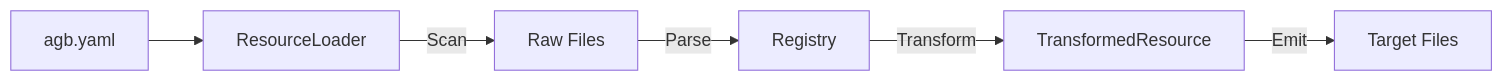
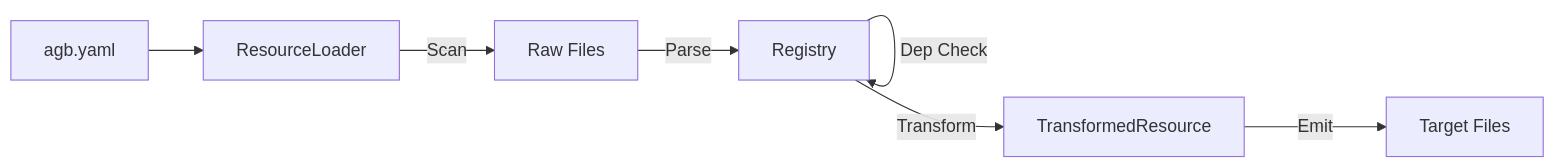
The first of 2 diagrams in specs/DESIGN.md (rwiv/agb), drawn with Mermaid before and after one commit. The commit also changed other lines of this file and 7 other files, not shown here.

````diff
--- a/specs/DESIGN.md
+++ b/specs/DESIGN.md
@@ -11,8 +11,9 @@
 ```mermaid
 graph LR
     Config[agb.yaml] --> Loader[ResourceLoader]
     Loader -->|Scan| Files[Raw Files]
     Files -->|Parse| Registry[Registry]
+    Registry -->|Dep Check| Registry
     Registry -->|Transform| Transformed[TransformedResource]
     Transformed -->|Emit| Output[Target Files]
 ```
````
